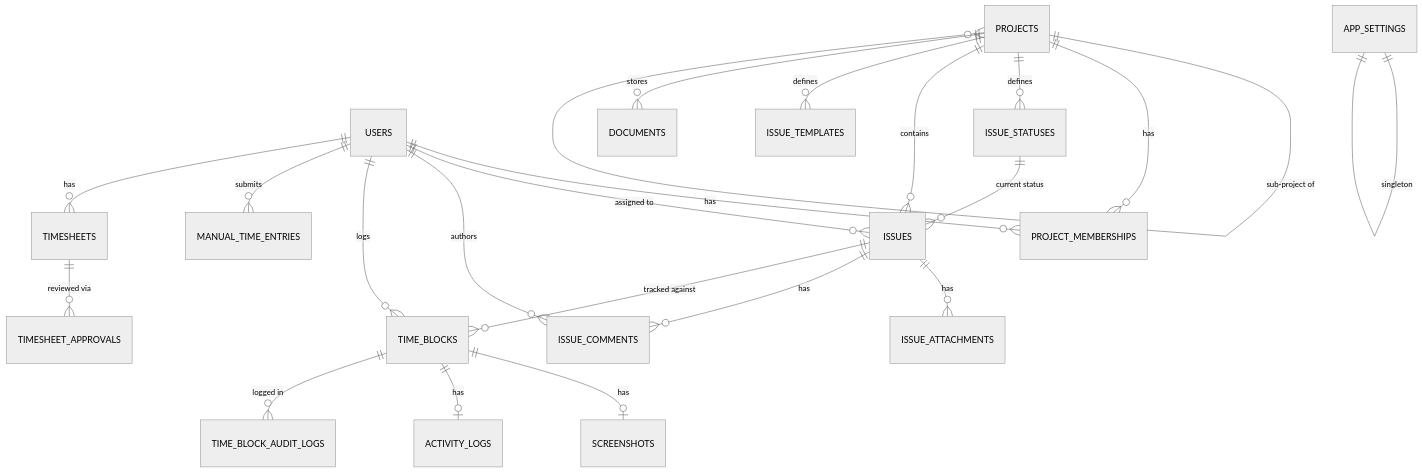
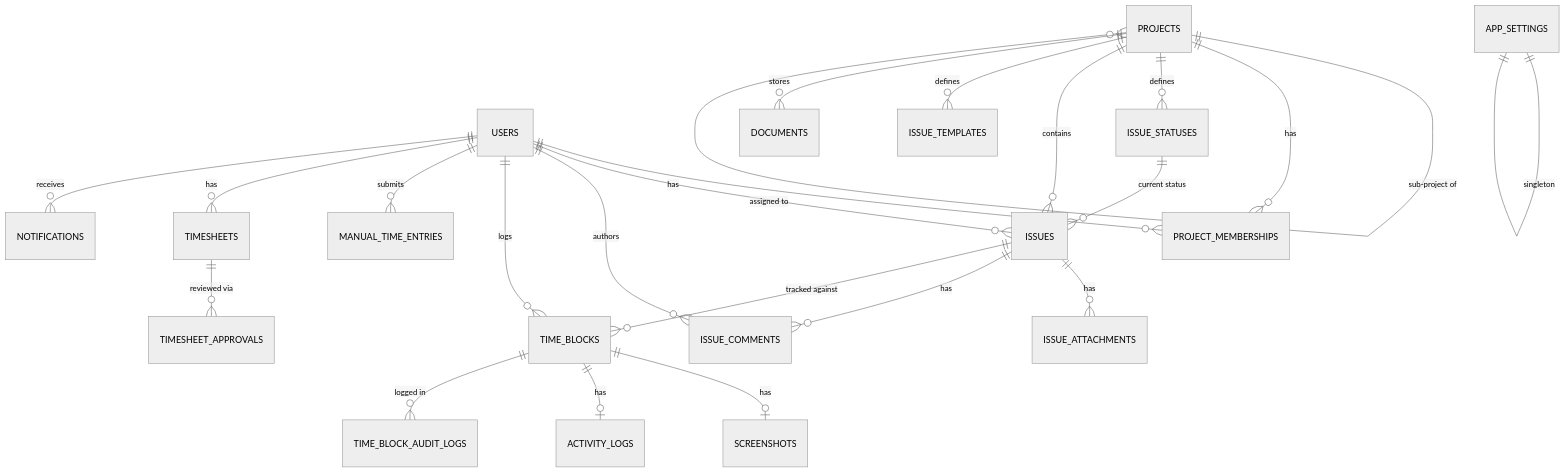
The third of 19 diagrams in SDD_Lean_Internal.md (itshazlan/trackflow), drawn with Mermaid (neutral theme) before and after one commit. The commit also changed other lines of this file and 14 other files, not shown here.

````diff
--- a/SDD_Lean_Internal.md
+++ b/SDD_Lean_Internal.md
@@ -226,24 +226,25 @@
 ```mermaid
 erDiagram
     APP_SETTINGS ||--|| APP_SETTINGS : "singleton"
     USERS ||--o{ PROJECT_MEMBERSHIPS : has
     PROJECTS ||--o{ PROJECTS : "sub-project of"
     PROJECTS ||--o{ PROJECT_MEMBERSHIPS : has
     PROJECTS ||--o{ ISSUE_STATUSES : defines
     PROJECTS ||--o{ ISSUES : contains
     PROJECTS ||--o{ ISSUE_TEMPLATES : defines
     PROJECTS ||--o{ DOCUMENTS : stores
     ISSUE_STATUSES ||--o{ ISSUES : "current status"
     USERS ||--o{ ISSUES : "assigned to"
     ISSUES ||--o{ ISSUE_ATTACHMENTS : has
     ISSUES ||--o{ ISSUE_COMMENTS : has
     USERS ||--o{ ISSUE_COMMENTS : authors
     USERS ||--o{ TIME_BLOCKS : logs
     ISSUES ||--o{ TIME_BLOCKS : "tracked against"
     TIME_BLOCKS ||--o| SCREENSHOTS : has
     TIME_BLOCKS ||--o| ACTIVITY_LOGS : has
     TIME_BLOCKS ||--o{ TIME_BLOCK_AUDIT_LOGS : "logged in"
     USERS ||--o{ MANUAL_TIME_ENTRIES : submits
     USERS ||--o{ TIMESHEETS : has
     TIMESHEETS ||--o{ TIMESHEET_APPROVALS : "reviewed via"
+    USERS ||--o{ NOTIFICATIONS : receives
 ```
````
